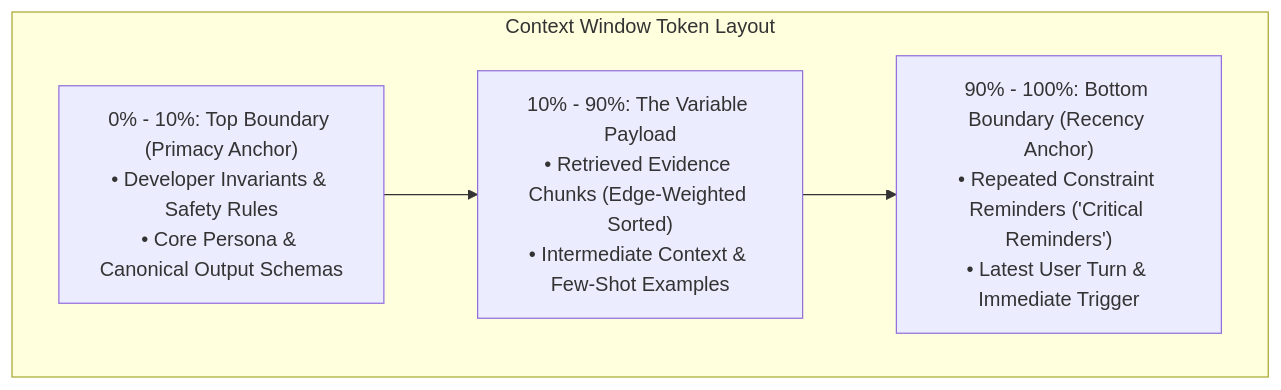
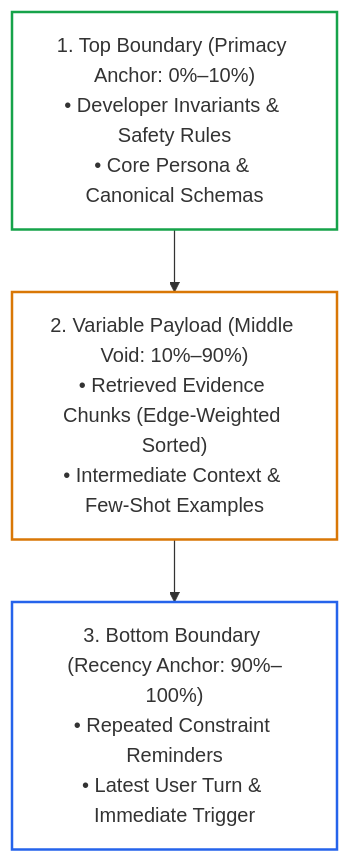
One commit to dip4k/senior-engineer-to-ai-engineer-roadmap changed the second of 2 diagrams in 01-prompt-and-context-engineering/05-mecw-and-context-rot.md. Above: the diagram before and after it, drawn with Mermaid. The commit also changed other lines of this file and 49 other files, not shown here.

````diff
--- a/01-prompt-and-context-engineering/05-mecw-and-context-rot.md
+++ b/01-prompt-and-context-engineering/05-mecw-and-context-rot.md
@@ -157,13 +156,9 @@
 ```mermaid
 flowchart TD
-    subgraph ContextWindow["Context Window Token Layout"]
-        Top["0% - 10%: Top Boundary (Primacy Anchor)<br>• Developer Invariants & Safety Rules<br>• Core Persona & Canonical Output Schemas"]
-        
-        Middle["10% - 90%: The Variable Payload<br>• Retrieved Evidence Chunks (Edge-Weighted Sorted)<br>• Intermediate Context & Few-Shot Examples"]
-        
-        Bottom["90% - 100%: Bottom Boundary (Recency Anchor)<br>• Repeated Constraint Reminders ('Critical Reminders')<br>• Latest User Turn & Immediate Trigger"]
-    end
+    Top["1. Top Boundary (Primacy Anchor: 0%–10%)<br>• Developer Invariants & Safety Rules<br>• Core Persona & Canonical Schemas"] --> Middle["2. Variable Payload (Middle Void: 10%–90%)<br>• Retrieved Evidence Chunks (Edge-Weighted Sorted)<br>• Intermediate Context & Few-Shot Examples"]
+    Middle --> Bottom["3. Bottom Boundary (Recency Anchor: 90%–100%)<br>• Repeated Constraint Reminders<br>• Latest User Turn & Immediate Trigger"]
 
-    Top --> Middle
-    Middle --> Bottom
+    style Top fill:none,stroke:#16a34a,stroke-width:2px
+    style Middle fill:none,stroke:#d97706,stroke-width:2px
+    style Bottom fill:none,stroke:#2563eb,stroke-width:2px
 ```
````
